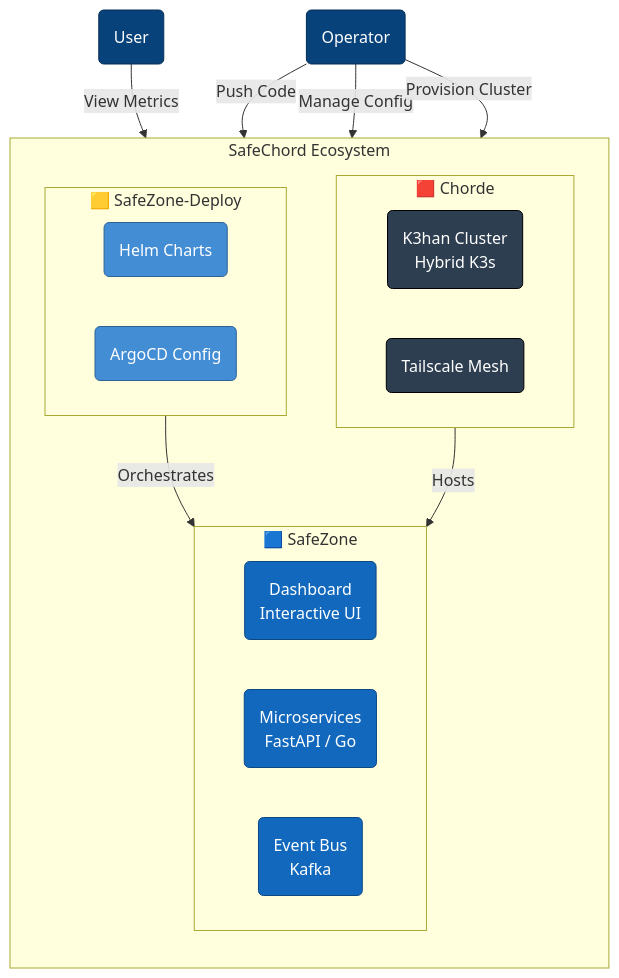
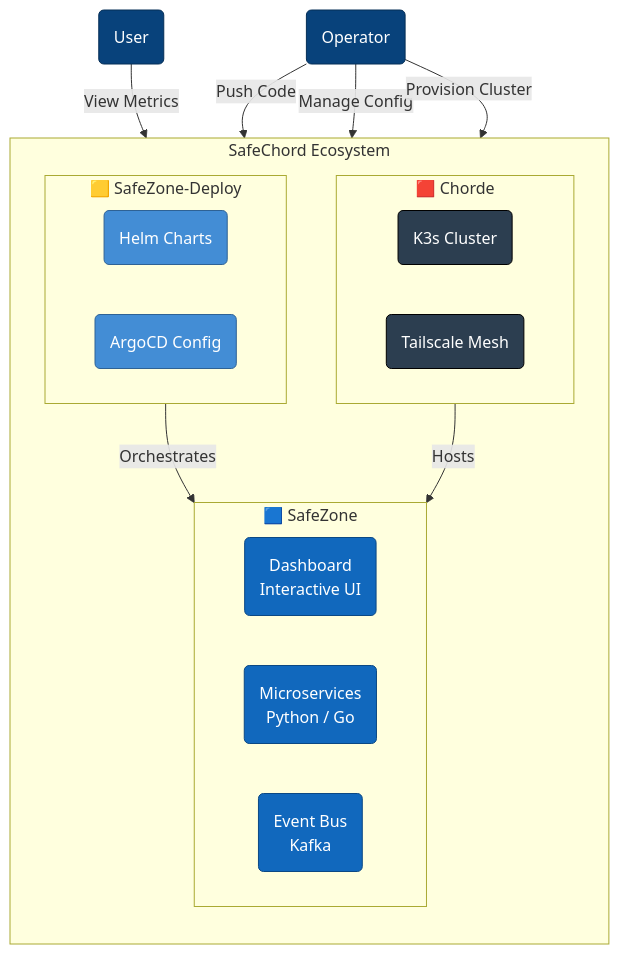
One commit to SafeChord/Docs changed the diagram in docs/index.md. Above: the diagram before and after it, drawn with Mermaid. The commit also changed other lines of this file and 8 other files, not shown here.

````diff
--- a/docs/index.md
+++ b/docs/index.md
@@ -47,43 +47,43 @@
 ```mermaid
 graph TB
     %% Styles
     classDef person fill:#08427b,stroke:#052e56,color:#fff;
     classDef app fill:#1168bd,stroke:#0b4884,color:#fff;
     classDef deploy fill:#438dd5,stroke:#2e6295,color:#fff;
     classDef infra fill:#2c3e50,stroke:#000,color:#fff;
 
     %% Actors
     User(User):::person
     Ops(Operator):::person
 
     %% SafeChord Boundary
     subgraph SafeChord [SafeChord Ecosystem]
         direction TB
 
         subgraph SafeZone [🟦 SafeZone]
             direction LR
             Dashboard(Dashboard<br/>Interactive UI):::app
-            Services(Microservices<br/>FastAPI / Go):::app
+            Services(Microservices<br/>Python / Go):::app
             Kafka(Event Bus<br/>Kafka):::app
         end
 
         subgraph Deploy [🟨 SafeZone-Deploy]
             Helm(Helm Charts):::deploy
             GitOps(ArgoCD Config):::deploy
         end
 
         subgraph Chorde [🟥 Chorde]
-            K3han(K3han Cluster<br/>Hybrid K3s):::infra
+            K3han(K3s Cluster):::infra
             Network(Tailscale Mesh):::infra
         end
     end
 
     %% Interactions
     User -->|"View Metrics"| Dashboard
     Ops -->|"Push Code"| SafeZone
     Ops -->|"Manage Config"| Deploy
     Ops -->|"Provision Cluster"| Chorde
     
     Deploy -->|"Orchestrates"| SafeZone
     Chorde -->|"Hosts"| SafeZone
 ```
````
